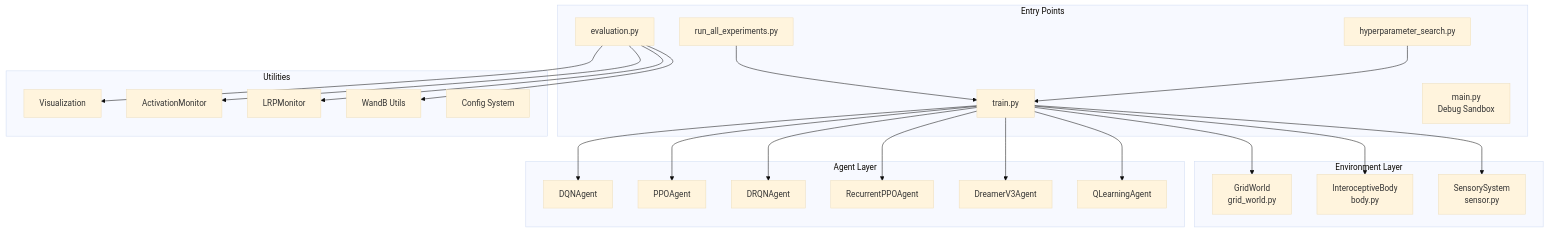
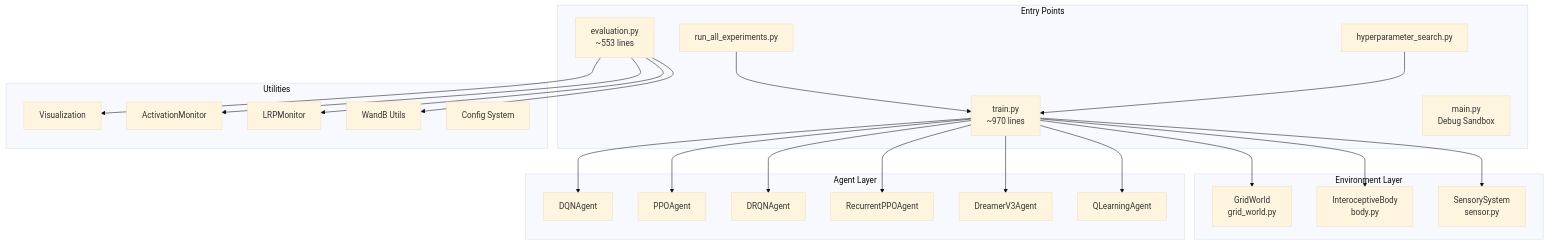
One commit to Sungwoo-Lee/grid_world_pain changed the first of 2 diagrams in docs/PROJECT_SUMMARY.md. Above: the diagram before and after it, drawn with Mermaid (base theme). The commit also changed other lines of this file, not shown here.

````diff
--- a/docs/PROJECT_SUMMARY.md
+++ b/docs/PROJECT_SUMMARY.md
@@ -21,39 +22,39 @@
 ```mermaid
 graph TB
     subgraph "Entry Points"
-        A[train.py]
-        B[evaluation.py]
+        A[train.py<br/>~970 lines]
+        B[evaluation.py<br/>~553 lines]
         C[main.py<br/>Debug Sandbox]
         D[run_all_experiments.py]
         E[hyperparameter_search.py]
     end
     
     subgraph "Environment Layer"
         F[GridWorld<br/>grid_world.py]
         G[InteroceptiveBody<br/>body.py]
         H[SensorySystem<br/>sensor.py]
     end
     
     subgraph "Agent Layer"
         I[DQNAgent]
         J[PPOAgent]
         K[DRQNAgent]
         L[RecurrentPPOAgent]
         M[DreamerV3Agent]
         N[QLearningAgent]
     end
     
     subgraph "Utilities"
         O[Visualization]
         P[ActivationMonitor]
         Q[LRPMonitor]
         R[WandB Utils]
         S[Config System]
     end
     
     A --> F & G & H
     A --> I & J & K & L & M & N
     B --> O & P & Q & R
     D --> A
     E --> A
 ```
````
